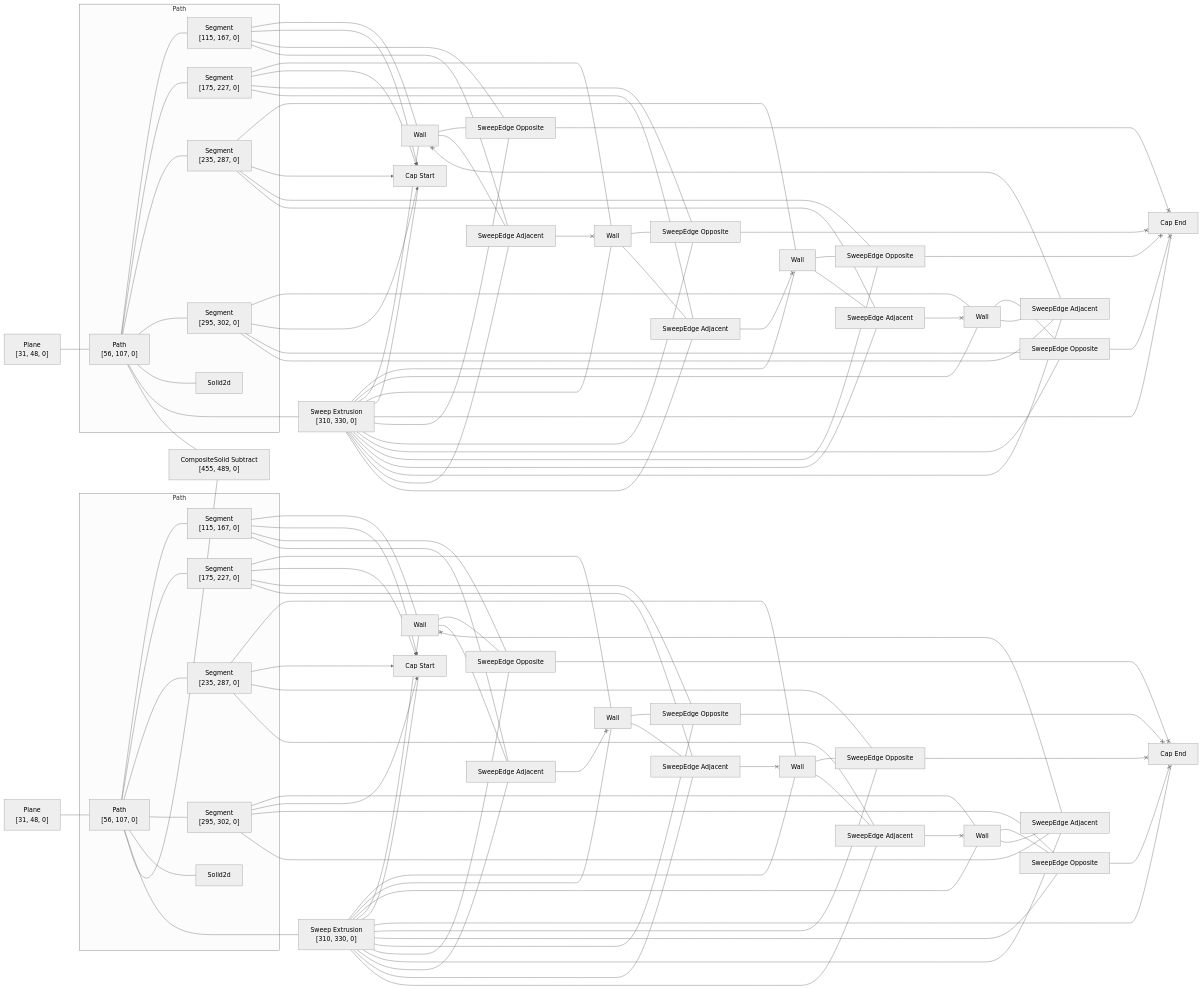
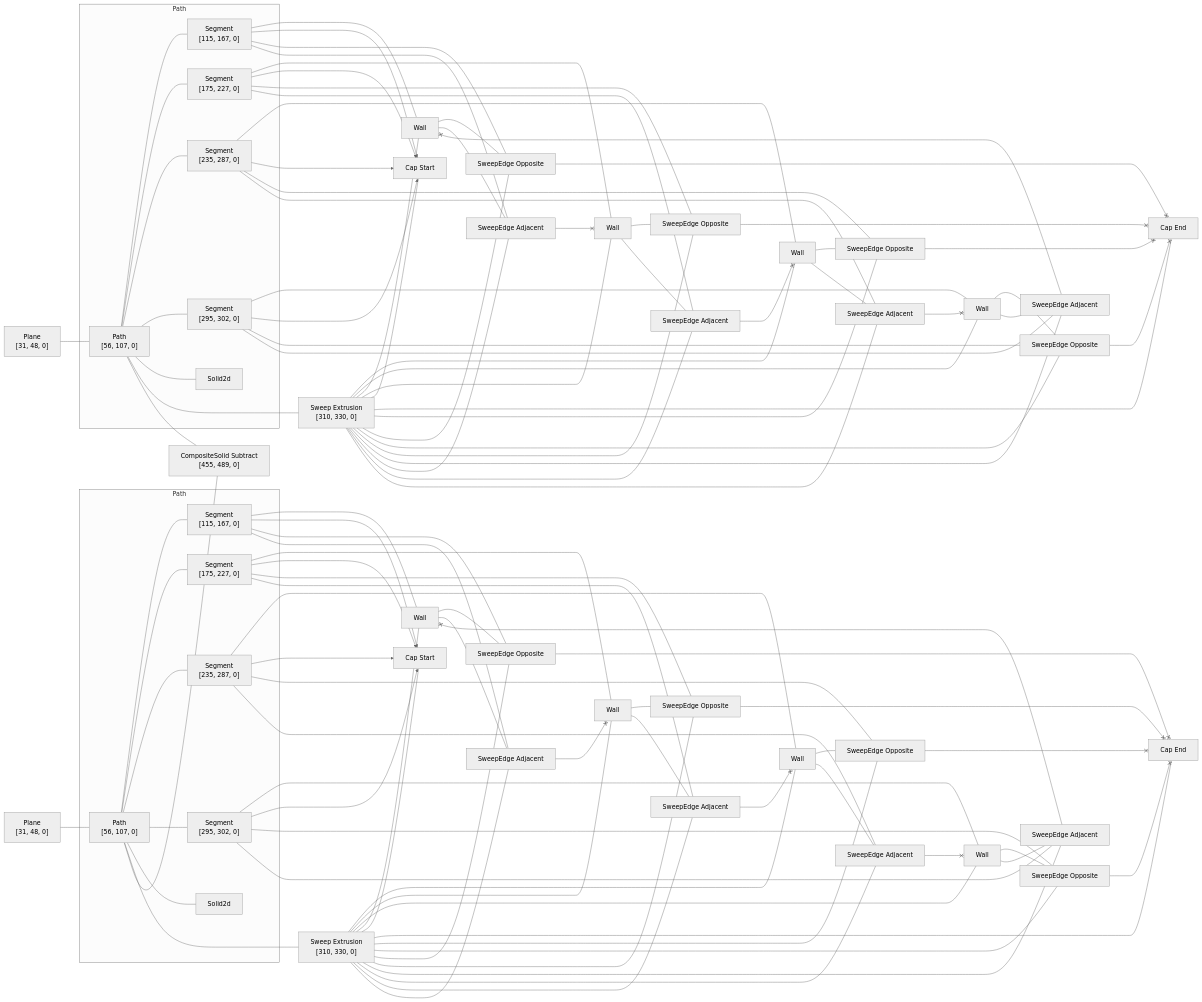
Before and after one commit to rajgandhi1/modeling-app: the diagram in rust/kcl-lib/tests/subtract_doesnt_need_brackets/artifact_graph_flowchart.snap.md, drawn with Mermaid (neutral theme). The commit also changed 110 other files, not shown here.

```diff
--- a/rust/kcl-lib/tests/subtract_doesnt_need_brackets/artifact_graph_flowchart.snap.md
+++ b/rust/kcl-lib/tests/subtract_doesnt_need_brackets/artifact_graph_flowchart.snap.md
@@ -67,32 +67,32 @@
   4 --- 17
   5 --- 24
   5 x--> 26
-  5 --- 34
-  5 --- 44
+  5 --- 35
+  5 --- 43
   6 --- 21
   6 x--> 27
-  6 --- 33
-  6 --- 39
+  6 --- 32
+  6 --- 41
   7 --- 19
   7 x--> 27
-  7 --- 32
+  7 --- 33
   7 --- 40
   8 --- 25
   8 x--> 26
-  8 --- 35
-  8 --- 45
+  8 --- 37
+  8 --- 44
   9 --- 22
   9 x--> 26
-  9 --- 37
-  9 --- 42
+  9 --- 34
+  9 --- 45
   10 --- 18
   10 x--> 27
   10 --- 30
-  10 --- 41
+  10 --- 39
   11 --- 23
   11 x--> 26
   11 --- 36
-  11 --- 43
+  11 --- 42
   12 --- 20
   12 x--> 27
   12 --- 31
@@ -126,29 +126,29 @@
   16 --- 44
   16 --- 45
   18 --- 30
+  18 --- 39
   40 <--x 18
-  18 --- 41
-  19 --- 32
-  39 <--x 19
+  19 --- 33
   19 --- 40
+  41 <--x 19
   20 --- 31
   20 --- 38
-  41 <--x 20
-  21 --- 33
+  39 <--x 20
+  21 --- 32
   38 <--x 21
-  21 --- 39
-  22 --- 37
-  22 --- 42
-  45 <--x 22
+  21 --- 41
+  22 --- 34
+  44 <--x 22
+  22 --- 45
   23 --- 36
-  42 <--x 23
-  23 --- 43
-  24 --- 34
-  43 <--x 24
-  24 --- 44
-  25 --- 35
-  44 <--x 25
-  25 --- 45
+  23 --- 42
+  45 <--x 23
+  24 --- 35
+  42 <--x 24
+  24 --- 43
+  25 --- 37
+  43 <--x 25
+  25 --- 44
   34 <--x 28
   35 <--x 28
   36 <--x 28
```
